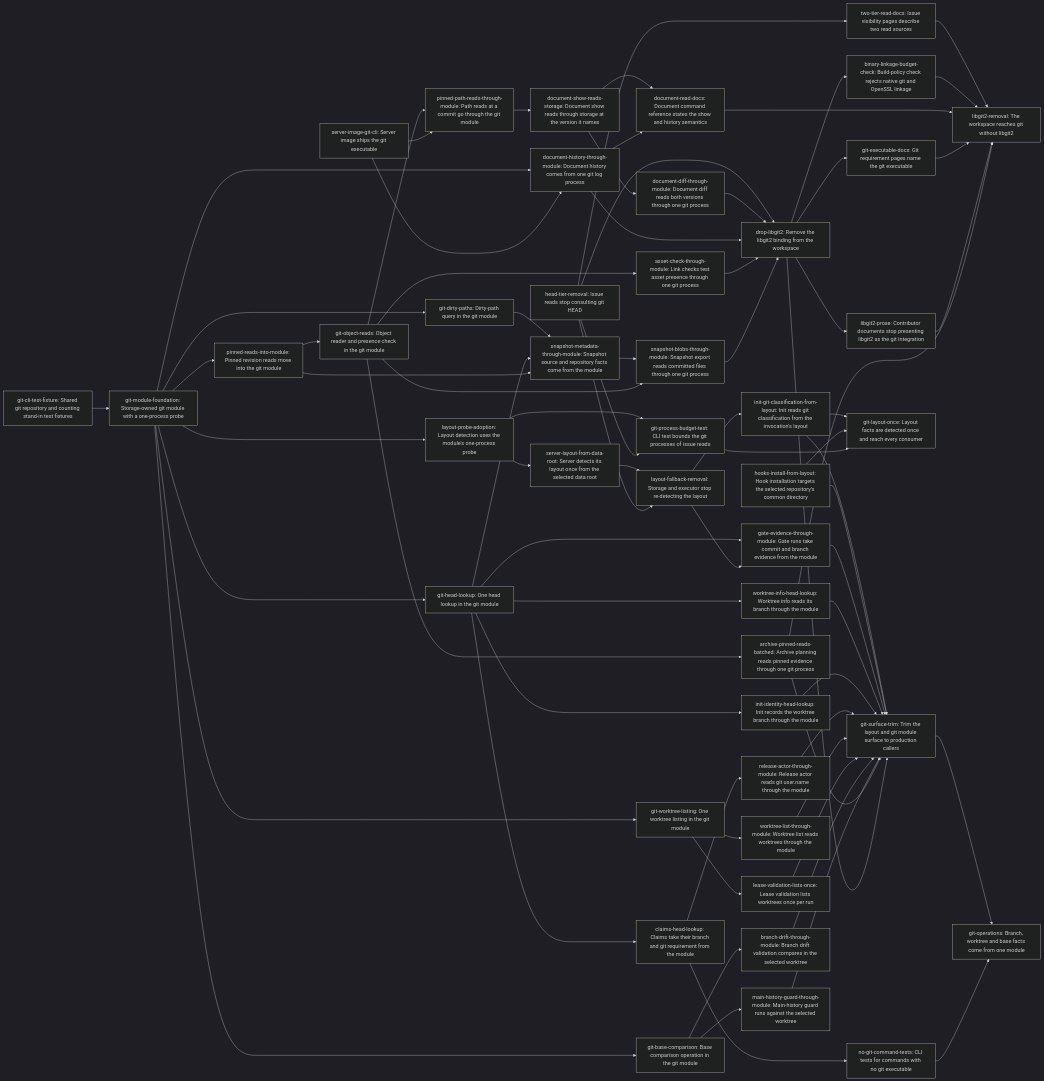
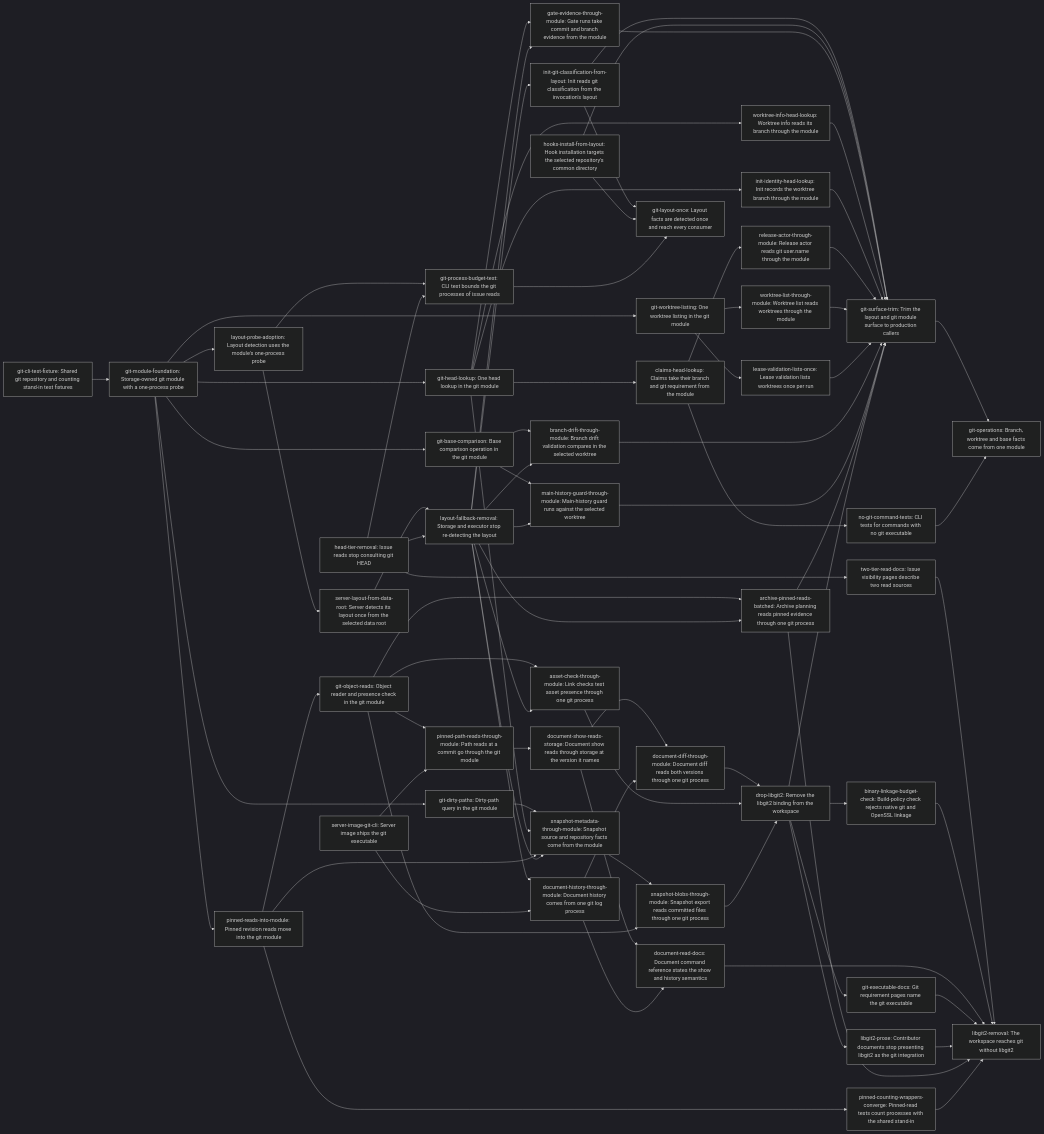
Before and after one commit to erankavija/just-in-time: the diagram in dev/active/f4d9502a-git-cli-module/plan.md, drawn with Mermaid (dark theme). The commit also changed other lines of this file and 1 other file, not shown here.

Commit message:
docs(jit:28ccf9a9): rework the git CLI module plan for review round 1

````diff
--- a/dev/active/f4d9502a-git-cli-module/plan.md
+++ b/dev/active/f4d9502a-git-cli-module/plan.md
@@ -154,25 +155,26 @@
     N22["head-tier-removal: Issue reads stop consulting git HEAD"]
     N23["two-tier-read-docs: Issue visibility pages describe two read sources"]
     N24["pinned-reads-into-module: Pinned revision reads move into the git module"]
-    N25["git-object-reads: Object reader and presence check in the git module"]
-    N26["archive-pinned-reads-batched: Archive planning reads pinned evidence through one git process"]
-    N27["pinned-path-reads-through-module: Path reads at a commit go through the git module"]
-    N28["document-show-reads-storage: Document show reads through storage at the version it names"]
-    N29["document-diff-through-module: Document diff reads both versions through one git process"]
-    N30["document-history-through-module: Document history comes from one git log process"]
-    N31["asset-check-through-module: Link checks test asset presence through one git process"]
-    N32["git-dirty-paths: Dirty-path query in the git module"]
-    N33["snapshot-metadata-through-module: Snapshot source and repository facts come from the module"]
-    N34["snapshot-blobs-through-module: Snapshot export reads committed files through one git process"]
-    N35["server-image-git-cli: Server image ships the git executable"]
-    N36["drop-libgit2: Remove the libgit2 binding from the workspace"]
-    N37["binary-linkage-budget-check: Build-policy check rejects native git and OpenSSL linkage"]
-    N38["document-read-docs: Document command reference states the show and history semantics"]
-    N39["git-executable-docs: Git requirement pages name the git executable"]
-    N40["libgit2-prose: Contributor documents stop presenting libgit2 as the git integration"]
-    N41["git-layout-once: Layout facts are detected once and reach every consumer"]
-    N42["git-operations: Branch, worktree and base facts come from one module"]
-    N43["libgit2-removal: The workspace reaches git without libgit2"]
+    N25["pinned-counting-wrappers-converge: Pinned-read tests count processes with the shared stand-in"]
+    N26["git-object-reads: Object reader and presence check in the git module"]
+    N27["archive-pinned-reads-batched: Archive planning reads pinned evidence through one git process"]
+    N28["pinned-path-reads-through-module: Path reads at a commit go through the git module"]
+    N29["document-show-reads-storage: Document show reads through storage at the version it names"]
+    N30["document-diff-through-module: Document diff reads both versions through one git process"]
+    N31["document-history-through-module: Document history comes from one git log process"]
+    N32["asset-check-through-module: Link checks test asset presence through one git process"]
+    N33["git-dirty-paths: Dirty-path query in the git module"]
+    N34["snapshot-metadata-through-module: Snapshot source and repository facts come from the module"]
+    N35["snapshot-blobs-through-module: Snapshot export reads committed files through one git process"]
+    N36["server-image-git-cli: Server image ships the git executable"]
+    N37["drop-libgit2: Remove the libgit2 binding from the workspace"]
+    N38["binary-linkage-budget-check: Build-policy check rejects native git and OpenSSL linkage"]
+    N39["document-read-docs: Document command reference states the show and history semantics"]
+    N40["git-executable-docs: Git requirement pages name the git executable"]
+    N41["libgit2-prose: Contributor documents stop presenting libgit2 as the git integration"]
+    N42["git-layout-once: Layout facts are detected once and reach every consumer"]
+    N43["git-operations: Branch, worktree and base facts come from one module"]
+    N44["libgit2-removal: The workspace reaches git without libgit2"]
     N0 --> N1
     N1 --> N2
     N2 --> N3
@@ -193,7 +195,9 @@
     N14 --> N16
     N1 --> N17
     N17 --> N18
+    N4 --> N18
     N17 --> N19
+    N4 --> N19
     N12 --> N20
     N5 --> N21
     N6 --> N21
@@ -205,44 +209,48 @@
     N16 --> N21
     N18 --> N21
     N19 --> N21
-    N26 --> N21
-    N36 --> N21
+    N27 --> N21
+    N37 --> N21
     N22 --> N23
     N1 --> N24
     N24 --> N25
-    N25 --> N26
-    N25 --> N27
-    N35 --> N27
-    N27 --> N28
+    N24 --> N26
+    N26 --> N27
+    N4 --> N27
+    N26 --> N28
+    N36 --> N28
     N28 --> N29
-    N1 --> N30
-    N35 --> N30
-    N25 --> N31
-    N1 --> N32
-    N32 --> N33
-    N8 --> N33
-    N24 --> N33
+    N29 --> N30
+    N31 --> N30
+    N4 --> N31
+    N36 --> N31
+    N26 --> N32
+    N4 --> N32
+    N1 --> N33
     N33 --> N34
-    N25 --> N34
-    N22 --> N36
-    N29 --> N36
-    N30 --> N36
-    N31 --> N36
-    N34 --> N36
-    N36 --> N37
-    N28 --> N38
-    N30 --> N38
-    N36 --> N39
-    N36 --> N40
-    N5 --> N41
-    N6 --> N41
-    N7 --> N41
-    N21 --> N42
-    N20 --> N42
-    N23 --> N43
-    N37 --> N43
-    N38 --> N43
-    N39 --> N43
-    N40 --> N43
-    N26 --> N43
+    N8 --> N34
+    N24 --> N34
+    N4 --> N34
+    N34 --> N35
+    N26 --> N35
+    N30 --> N37
+    N32 --> N37
+    N35 --> N37
+    N37 --> N38
+    N29 --> N39
+    N31 --> N39
+    N37 --> N40
+    N37 --> N41
+    N5 --> N42
+    N6 --> N42
+    N7 --> N42
+    N21 --> N43
+    N20 --> N43
+    N23 --> N44
+    N38 --> N44
+    N39 --> N44
+    N40 --> N44
+    N41 --> N44
+    N27 --> N44
+    N25 --> N44
 ```
````
